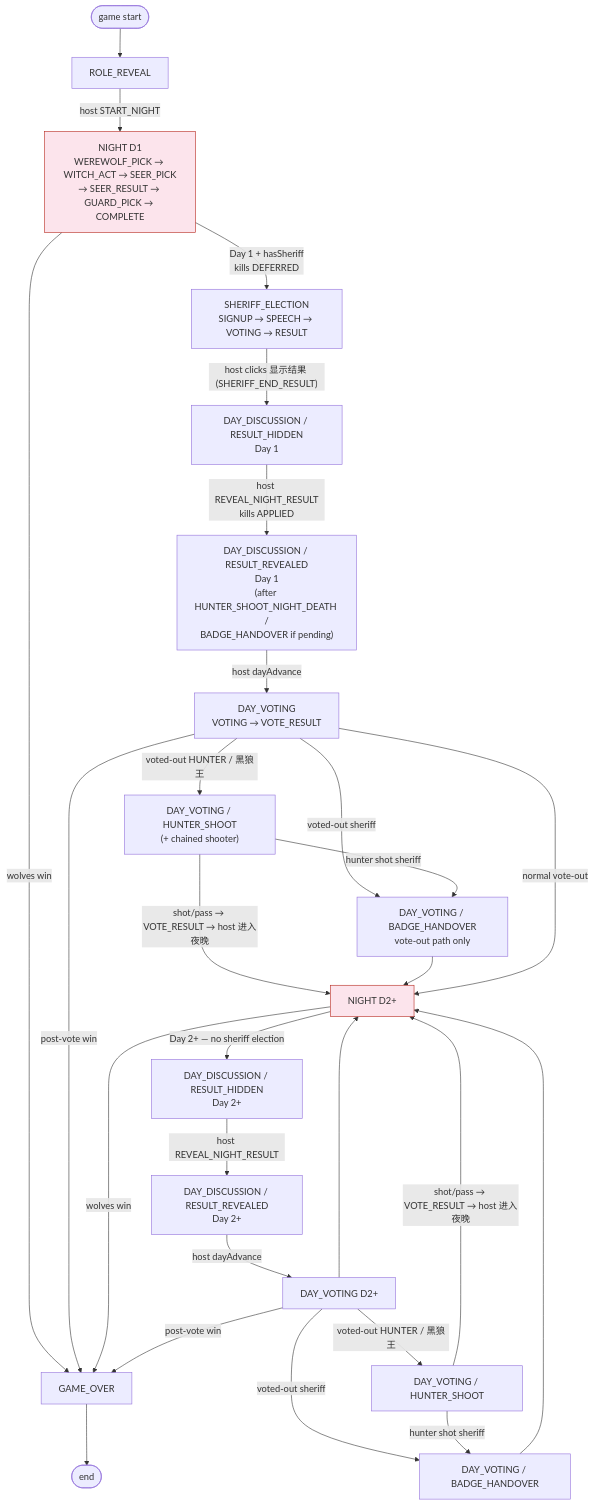
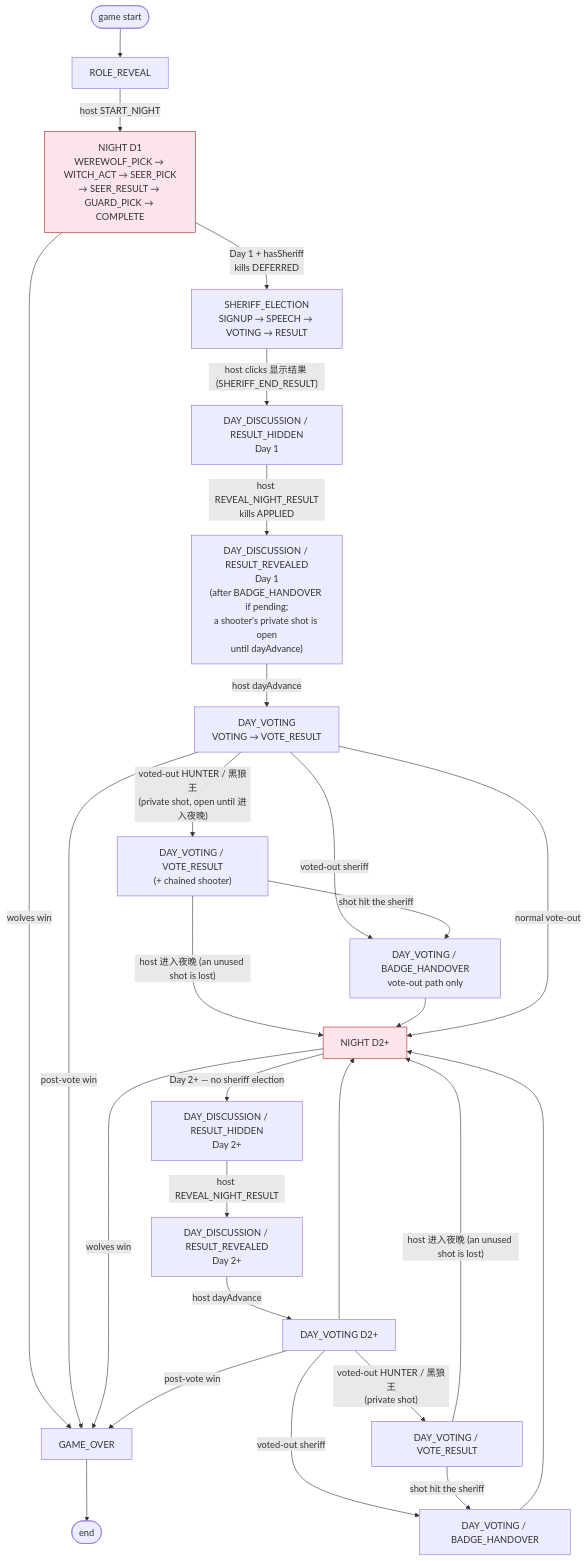
Before and after one commit to wangdaqian08/werewolf-simple: the first of 3 diagrams in docs/game-phase-flow.md, drawn with Mermaid. The commit also changed other lines of this file and 65 other files, not shown here.

First line of the commit message:
Make the hunter / 黑狼王 shot private and stop sending roles to every player

````diff
--- a/docs/game-phase-flow.md
+++ b/docs/game-phase-flow.md
@@ -33,37 +35,37 @@
  ```mermaid
  flowchart TB
      START([game start]) --> RR["ROLE_REVEAL"]
      RR -->|"host START_NIGHT"| N1["NIGHT D1<br/>WEREWOLF_PICK → WITCH_ACT → SEER_PICK<br/>→ SEER_RESULT → GUARD_PICK → COMPLETE"]
  
      N1 -->|"wolves win"| GO["GAME_OVER"]
      N1 -->|"Day 1 + hasSheriff<br/>kills DEFERRED"| SE["SHERIFF_ELECTION<br/>SIGNUP → SPEECH → VOTING → RESULT"]
  
      SE -->|"host clicks 显示结果 (SHERIFF_END_RESULT)"| DH1["DAY_DISCUSSION / RESULT_HIDDEN<br/>Day 1"]
-     DH1 -->|"host REVEAL_NIGHT_RESULT<br/>kills APPLIED"| DR1["DAY_DISCUSSION / RESULT_REVEALED<br/>Day 1<br/>(after HUNTER_SHOOT_NIGHT_DEATH /<br/>BADGE_HANDOVER if pending)"]
+     DH1 -->|"host REVEAL_NIGHT_RESULT<br/>kills APPLIED"| DR1["DAY_DISCUSSION / RESULT_REVEALED<br/>Day 1<br/>(after BADGE_HANDOVER if pending;<br/>a shooter's private shot is open<br/>until dayAdvance)"]
      DR1 -->|"host dayAdvance"| DV1["DAY_VOTING<br/>VOTING → VOTE_RESULT"]
  
-     DV1 -->|"voted-out HUNTER / 黑狼王"| HS1["DAY_VOTING / HUNTER_SHOOT<br/>(+ chained shooter)"]
+     DV1 -->|"voted-out HUNTER / 黑狼王<br/>(private shot, open until 进入夜晚)"| HS1["DAY_VOTING / VOTE_RESULT<br/>(+ chained shooter)"]
      DV1 -->|"voted-out sheriff"| BH1["DAY_VOTING / BADGE_HANDOVER<br/>vote-out path only"]
-     HS1 -->|"hunter shot sheriff"| BH1
-     HS1 -->|"shot/pass → VOTE_RESULT → host 进入夜晚"| N2["NIGHT D2+"]
+     HS1 -->|"shot hit the sheriff"| BH1
+     HS1 -->|"host 进入夜晚 (an unused shot is lost)"| N2["NIGHT D2+"]
      BH1 --> N2
      DV1 -->|"normal vote-out"| N2
      DV1 -->|"post-vote win"| GO
 
      N2 -->|"wolves win"| GO
     N2 -->|"Day 2+ — no sheriff election"| DH2["DAY_DISCUSSION / RESULT_HIDDEN<br/>Day 2+"]
     DH2 -->|"host REVEAL_NIGHT_RESULT"| DR2["DAY_DISCUSSION / RESULT_REVEALED<br/>Day 2+"]
     DR2 -->|"host dayAdvance"| DV2["DAY_VOTING D2+"]
-    DV2 -->|"voted-out HUNTER / 黑狼王"| HS2["DAY_VOTING / HUNTER_SHOOT"]
+    DV2 -->|"voted-out HUNTER / 黑狼王<br/>(private shot)"| HS2["DAY_VOTING / VOTE_RESULT"]
     DV2 -->|"voted-out sheriff"| BH2["DAY_VOTING / BADGE_HANDOVER"]
-    HS2 -->|"hunter shot sheriff"| BH2
-    HS2 -->|"shot/pass → VOTE_RESULT → host 进入夜晚"| N2
+    HS2 -->|"shot hit the sheriff"| BH2
+    HS2 -->|"host 进入夜晚 (an unused shot is lost)"| N2
     BH2 --> N2
     DV2 --> N2
     DV2 -->|"post-vote win"| GO
 
     GO --> END([end])
 
     classDef nightKillNoLastAction fill:#fce4ec,stroke:#b5251a
     class N1,N2 nightKillNoLastAction
 ```
````
